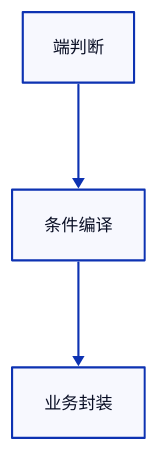
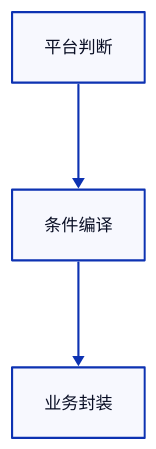
Diagram 13 of 16 in apps/docs/experiences/微信小程序/Taro 原理与实践.md (youngluo/thinking), drawn with D2 before and after one commit. The commit also changed other lines of this file and 1 other file, not shown here.

````diff
--- a/apps/docs/experiences/微信小程序/Taro 原理与实践.md
+++ b/apps/docs/experiences/微信小程序/Taro 原理与实践.md
@@ -673,10 +534,10 @@
 ```d2
 direction: down
 
-L1: 端判断
+L1: 平台判断
 L2: 条件编译
 L3: 业务封装
 
 L1 -> L2
 L2 -> L3
 ```
````
